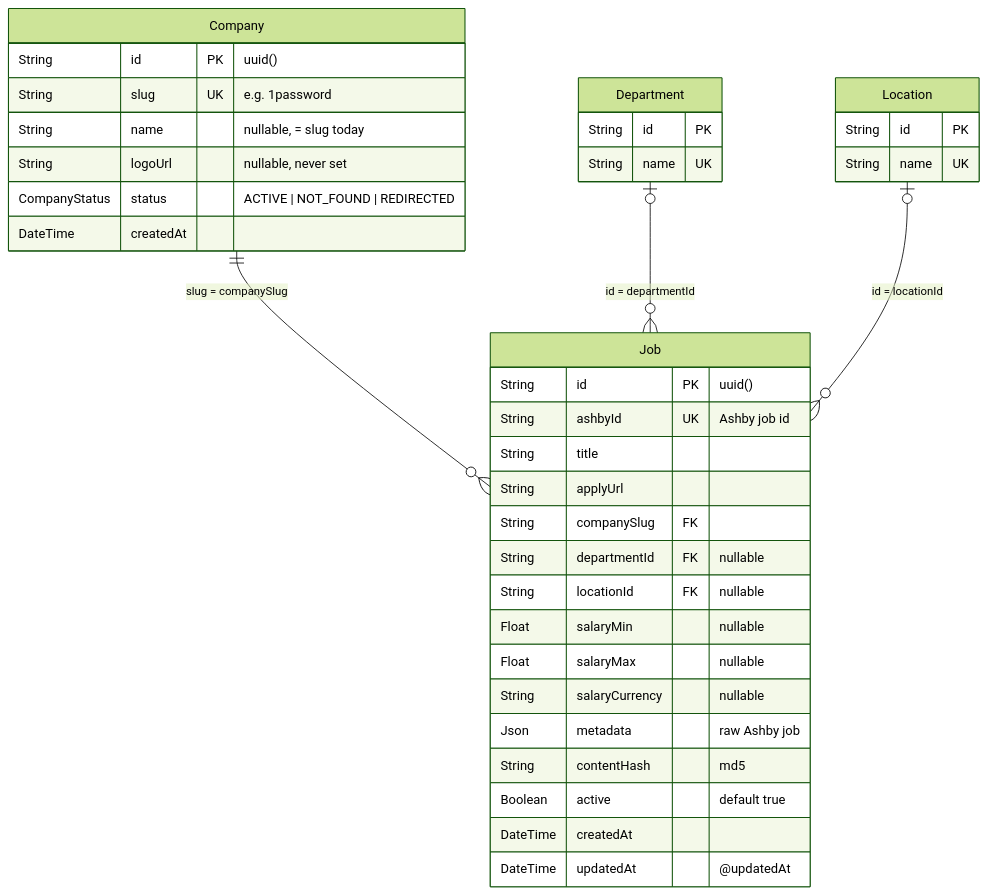
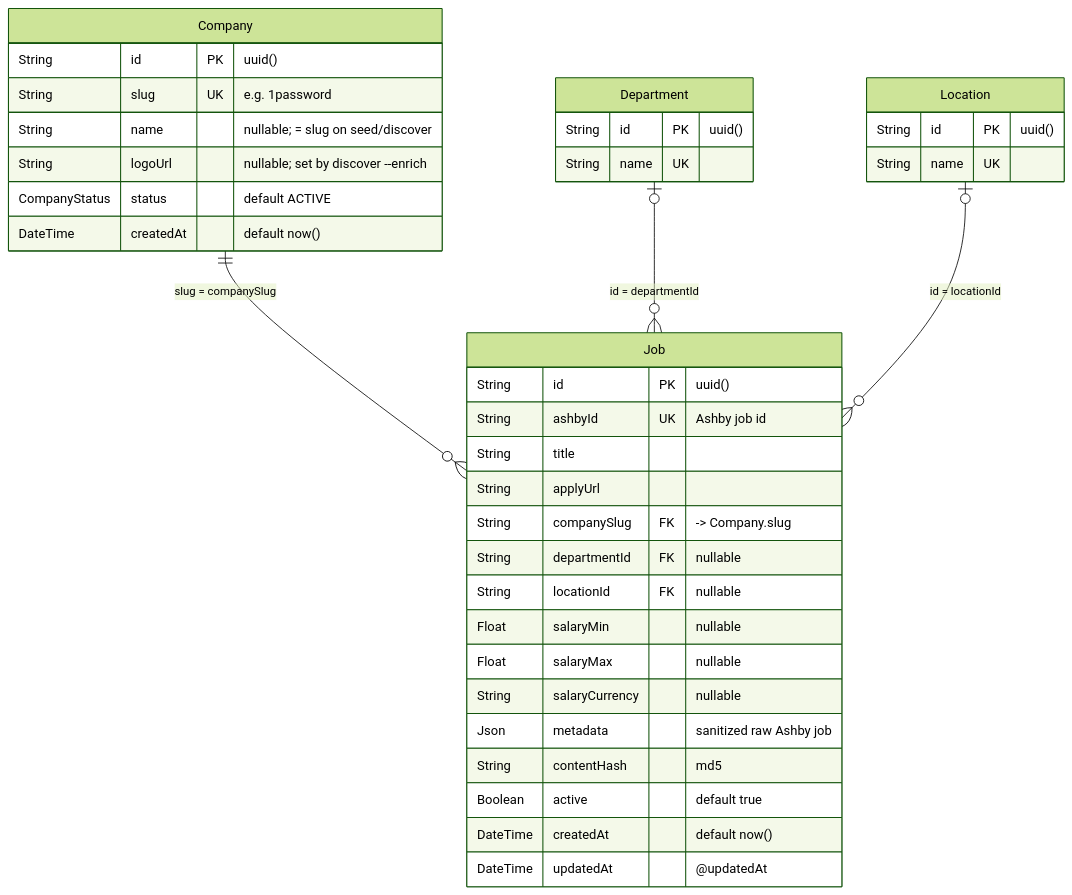
Before and after one commit to pavanpogula/job-scrapper: the diagram in documentation/05-database-and-cache.md, drawn with Mermaid (forest theme). The commit also changed other lines of this file and 17 other files, not shown here.

````diff
--- a/documentation/05-database-and-cache.md
+++ b/documentation/05-database-and-cache.md
@@ -8,40 +12,40 @@
 ```mermaid
 erDiagram
     Company ||--o{ Job : "slug = companySlug"
     Department |o--o{ Job : "id = departmentId"
     Location |o--o{ Job : "id = locationId"
 
     Company {
         String id PK "uuid()"
         String slug UK "e.g. 1password"
-        String name "nullable, = slug today"
-        String logoUrl "nullable, never set"
-        CompanyStatus status "ACTIVE | NOT_FOUND | REDIRECTED"
-        DateTime createdAt
+        String name "nullable; = slug on seed/discover"
+        String logoUrl "nullable; set by discover --enrich"
+        CompanyStatus status "default ACTIVE"
+        DateTime createdAt "default now()"
     }
     Department {
-        String id PK
+        String id PK "uuid()"
         String name UK
     }
     Location {
-        String id PK
+        String id PK "uuid()"
         String name UK
     }
     Job {
         String id PK "uuid()"
         String ashbyId UK "Ashby job id"
         String title
         String applyUrl
-        String companySlug FK
+        String companySlug FK "-> Company.slug"
         String departmentId FK "nullable"
         String locationId FK "nullable"
         Float salaryMin "nullable"
         Float salaryMax "nullable"
         String salaryCurrency "nullable"
-        Json metadata "raw Ashby job"
+        Json metadata "sanitized raw Ashby job"
         String contentHash "md5"
         Boolean active "default true"
-        DateTime createdAt
+        DateTime createdAt "default now()"
         DateTime updatedAt "@updatedAt"
     }
 ```
````
